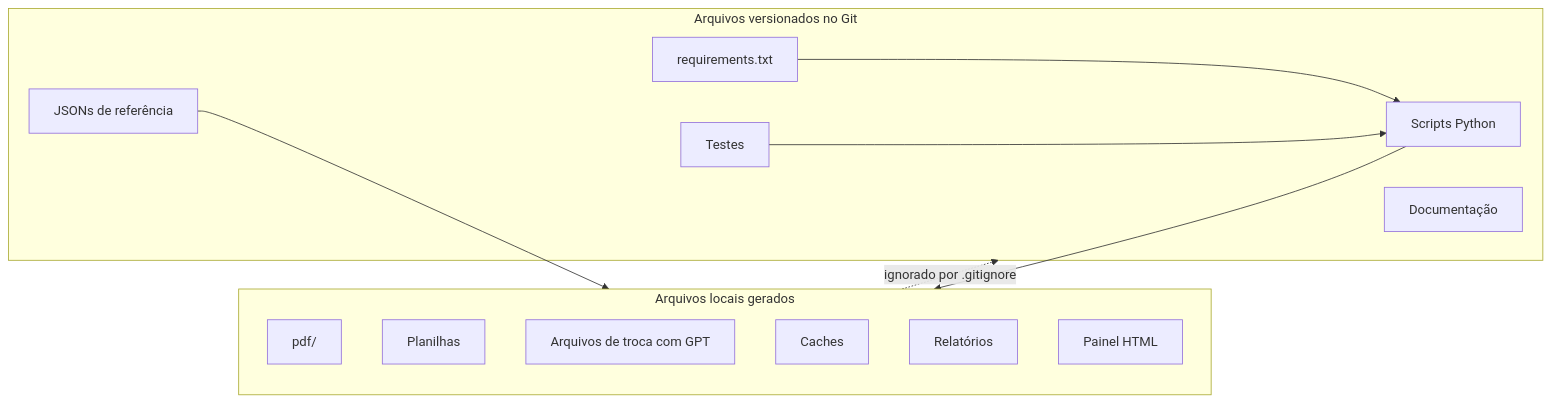
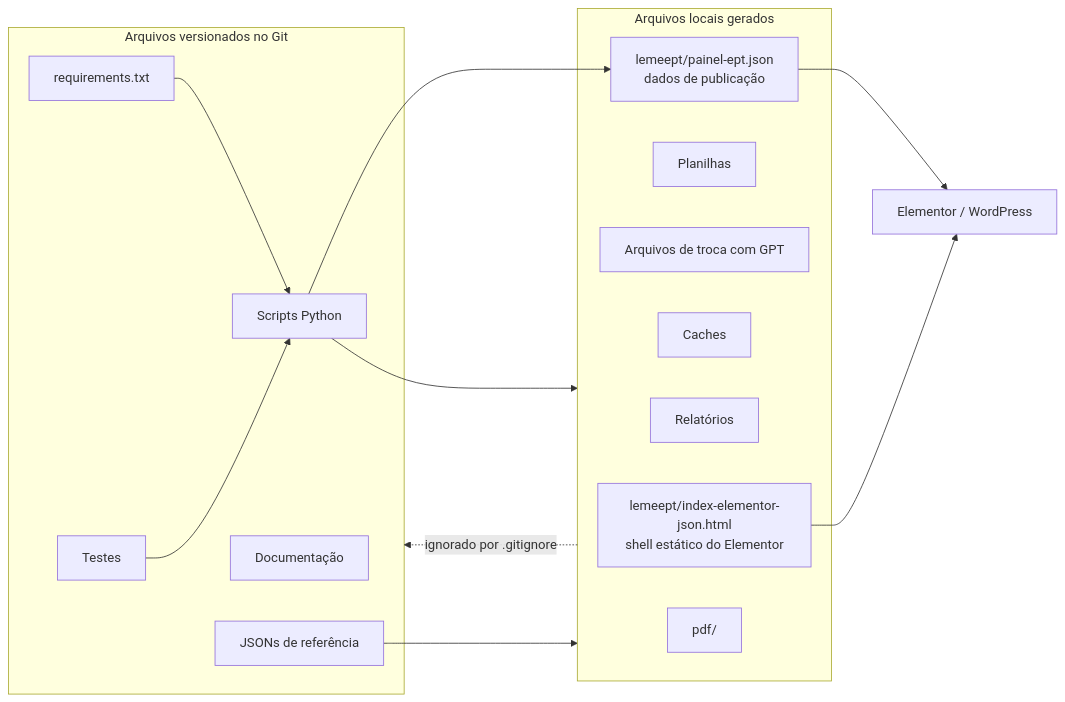
The seventh of 8 diagrams in DIAGRAMAS.md (regi-lpf/lemeept), drawn with Mermaid before and after one commit. The commit also changed other lines of this file and 15 other files, not shown here.

````diff
--- a/DIAGRAMAS.md
+++ b/DIAGRAMAS.md
@@ -327,25 +331,29 @@
 ```mermaid
 flowchart LR
     subgraph Git["Arquivos versionados no Git"]
         COD["Scripts Python"]
         REQ["requirements.txt"]
         DOC["Documentação"]
         TEST["Testes"]
         RJSON["JSONs de referência"]
     end
 
     subgraph Local["Arquivos locais gerados"]
         PDFs["pdf/"]
         PLAN["Planilhas"]
         GPTF["Arquivos de troca com GPT"]
         CACHES["Caches"]
         REPORTS["Relatórios"]
-        PANEL["Painel HTML"]
+        SHELL["lemeept/index-elementor-json.html<br/>shell estático do Elementor"]
+        DATA["lemeept/painel-ept.json<br/>dados de publicação"]
     end
 
     COD --> Local
     REQ --> COD
     RJSON --> Local
     TEST --> COD
+    COD --> DATA
+    SHELL --> WP["Elementor / WordPress"]
+    DATA --> WP
     Local -.->|ignorado por .gitignore| Git
 ```
````
